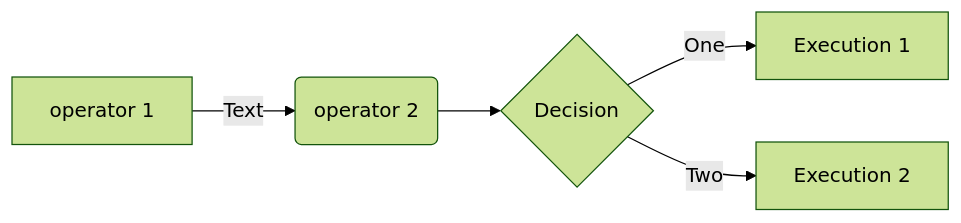
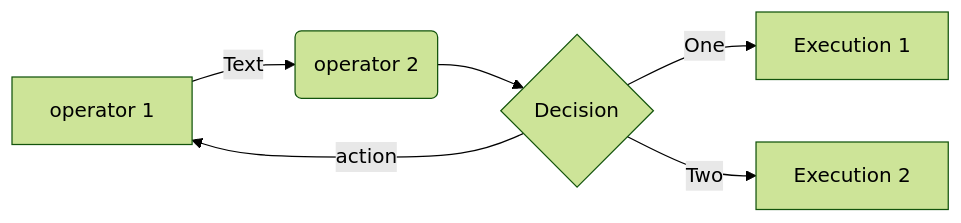
One commit to dbursztynowski/cl_demo changed the diagram in README2.md. Above: the diagram before and after it, drawn with Mermaid (forest theme).

````diff
--- a/README2.md
+++ b/README2.md
@@ -7,8 +7,9 @@
 ```mermaid
 flowchart LR
 
 A[operator 1] -->|Text| B(operator 2)
 B --> C{Decision}
 C -->|One| D[Execution 1]
 C -->|Two| E[Execution 2]
+C -->|action| A
 ```
````
